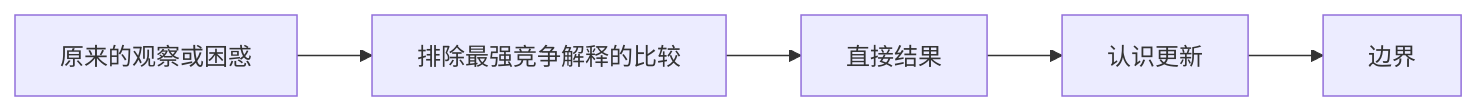
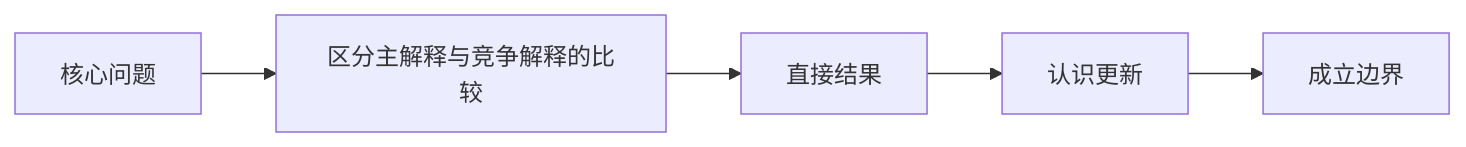
One commit to Shphd3/Research_System changed the diagram in templates/research_process/focus_writing_template.md. Above: the diagram before and after it, drawn with Mermaid. The commit also changed other lines of this file and 23 other files, not shown here.

````diff
--- a/templates/research_process/focus_writing_template.md
+++ b/templates/research_process/focus_writing_template.md
@@ -41,4 +57,4 @@
 ```mermaid
 flowchart LR
-    O["原来的观察或困惑"] --> T["排除最强竞争解释的比较"] --> R["直接结果"] --> K["认识更新"] --> B["边界"]
+    Q["核心问题"] --> C["区分主解释与竞争解释的比较"] --> R["直接结果"] --> K["认识更新"] --> B["成立边界"]
 ```
````
